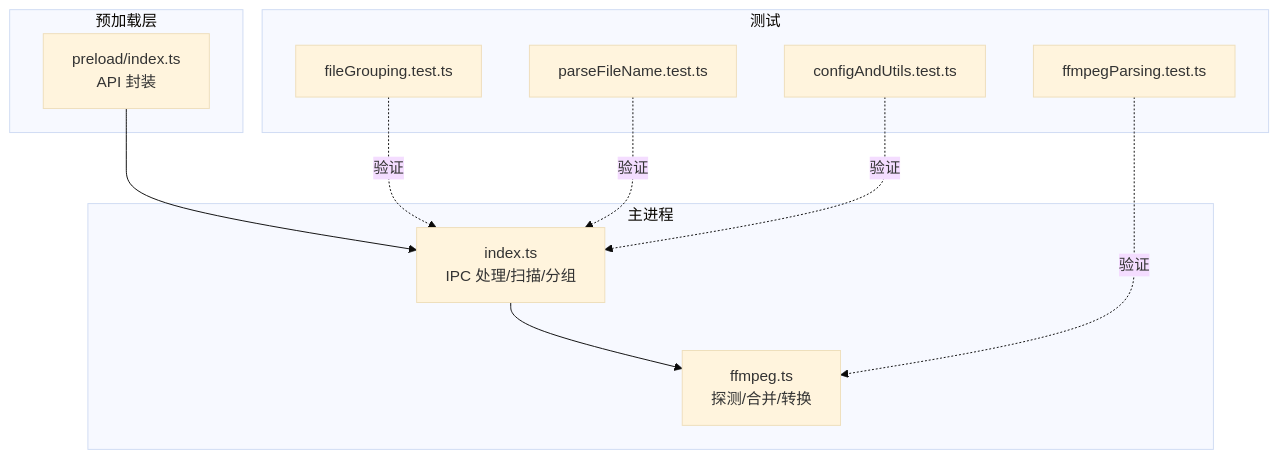
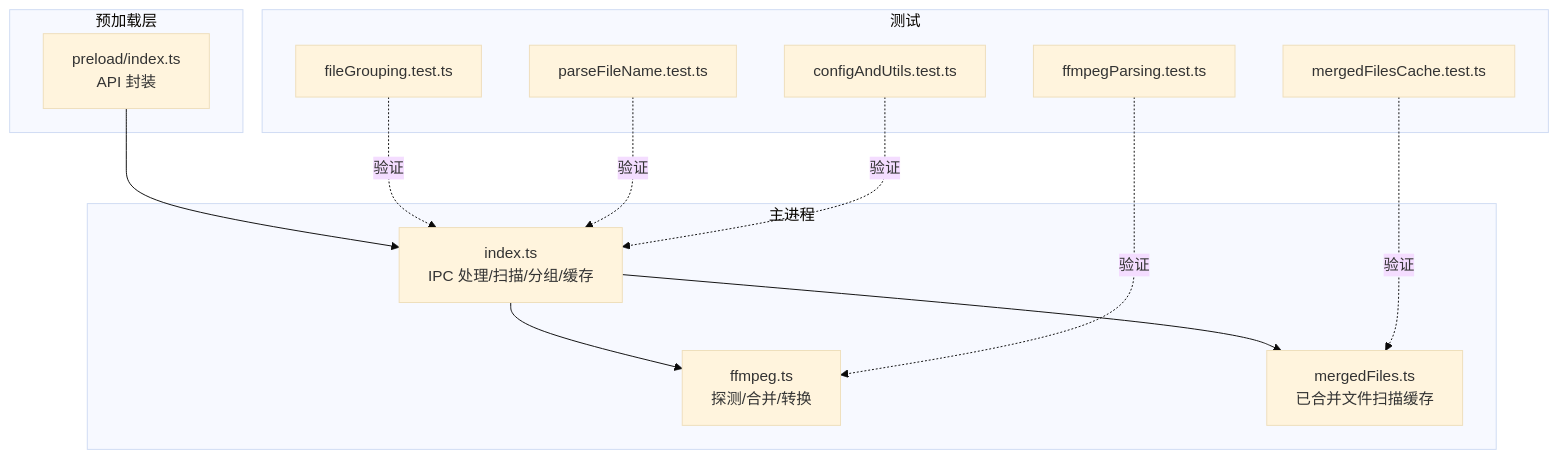
The first of 10 diagrams in .qoder/repowiki/zh/content/架构设计/主进程架构/文件扫描与分组算法/文件扫描与分组算法.md (HoarfrostKimi/Video-Merger), drawn with Mermaid (base theme) before and after one commit. The commit also changed other lines of this file and 43 other files, not shown here.

````diff
--- a/.qoder/repowiki/zh/content/架构设计/主进程架构/文件扫描与分组算法/文件扫描与分组算法.md
+++ b/.qoder/repowiki/zh/content/架构设计/主进程架构/文件扫描与分组算法/文件扫描与分组算法.md
@@ -40,22 +50,26 @@
 ```mermaid
 graph TB
 subgraph "主进程"
-A["index.ts<br/>IPC 处理/扫描/分组"]
+A["index.ts<br/>IPC 处理/扫描/分组/缓存"]
 B["ffmpeg.ts<br/>探测/合并/转换"]
+C["mergedFiles.ts<br/>已合并文件扫描缓存"]
 end
 subgraph "预加载层"
-C["preload/index.ts<br/>API 封装"]
+D["preload/index.ts<br/>API 封装"]
 end
 subgraph "测试"
 T1["fileGrouping.test.ts"]
 T2["parseFileName.test.ts"]
 T3["configAndUtils.test.ts"]
 T4["ffmpegParsing.test.ts"]
+T5["mergedFilesCache.test.ts"]
 end
-C --> A
+D --> A
 A --> B
+A --> C
 T1 -. 验证 .-> A
 T2 -. 验证 .-> A
 T3 -. 验证 .-> A
 T4 -. 验证 .-> B
+T5 -. 验证 .-> C
 ```
````
